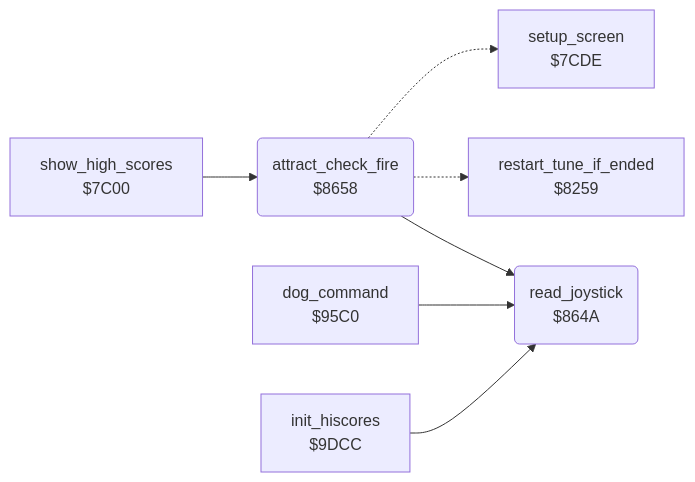
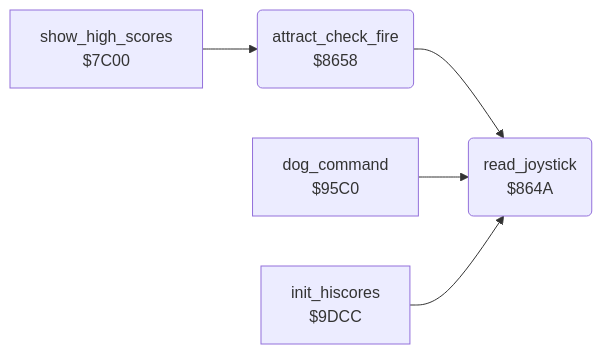
One commit to henols/c64_games changed the diagram in hover_bovver/docs/reference/modules/input/joystick.md. Above: the diagram before and after it, drawn with Mermaid. The commit also changed other lines of this file and 1100 other files, not shown here.

````diff
--- a/hover_bovver/docs/reference/modules/input/joystick.md
+++ b/hover_bovver/docs/reference/modules/input/joystick.md
@@ -10,16 +17,12 @@
 ```mermaid
 flowchart LR
   n7c00["show_high_scores<br/>$7C00"]
-  n7cde["setup_screen<br/>$7CDE"]
-  n8259["restart_tune_if_ended<br/>$8259"]
   n864a("read_joystick<br/>$864A")
   n8658("attract_check_fire<br/>$8658")
   n95c0["dog_command<br/>$95C0"]
   n9dcc["init_hiscores<br/>$9DCC"]
   n7c00 --> n8658
-  n8658 -.-> n7cde
-  n8658 -.-> n8259
   n8658 --> n864a
   n95c0 --> n864a
   n9dcc --> n864a
 ```
````
